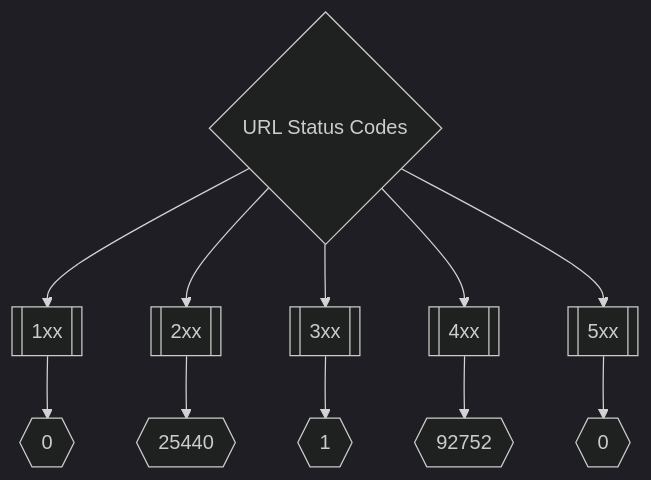
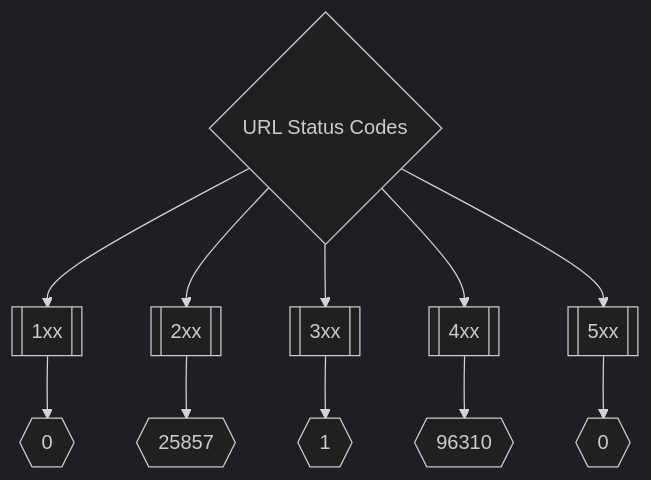
The second of 3 diagrams in README.md (trickest/inventory), drawn with Mermaid (dark theme) before and after one commit. The commit also changed other lines of this file, not shown here.

Commit message:
Update Sat Mar 12 01:43:21 UTC 2022

````diff
--- a/README.md
+++ b/README.md
@@ -173,8 +173,8 @@
 ```mermaid
 graph TD
 title{URL Status Codes} --> 1xx[[1xx]] --> status1xxNum{{0}}
-title --> 2xx[[2xx]] --> status2xxNum{{25440}}
+title --> 2xx[[2xx]] --> status2xxNum{{25857}}
 title --> 3xx[[3xx]] --> status3xxNum{{1}}
-title --> 4xx[[4xx]] --> status4xxNum{{92752}}
+title --> 4xx[[4xx]] --> status4xxNum{{96310}}
 title --> 5xx[[5xx]] --> status5xxNum{{0}}
 ```
````
